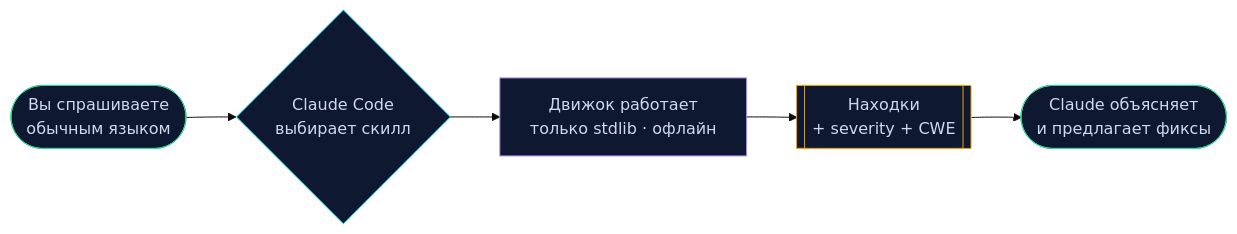
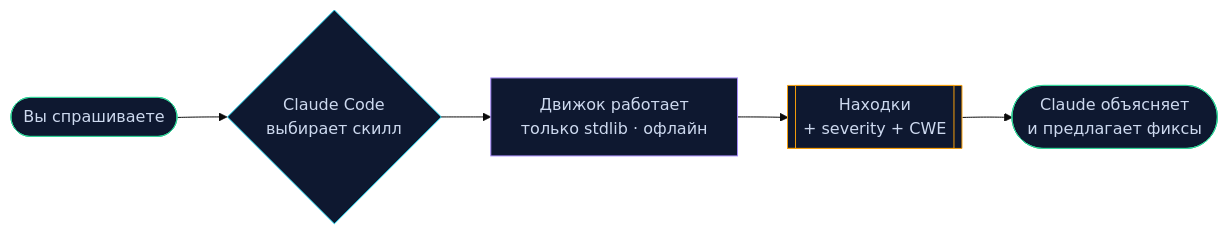
One commit to NovaCode37/claude-security-skills changed the diagram in README.ru.md. Above: the diagram before and after it, drawn with Mermaid (base theme). The commit also changed other lines of this file, not shown here.

````diff
--- a/README.ru.md
+++ b/README.ru.md
@@ -40,12 +40,12 @@
 ```mermaid
 flowchart LR
-    A([Вы спрашиваете<br/>обычным языком]) --> B{Claude Code<br/>выбирает скилл}
+    A([Вы спрашиваете<br/>]) --> B{Claude Code<br/>выбирает скилл}
     B --> C[Движок работает<br/>только stdlib · офлайн]
     C --> D[[Находки<br/>+ severity + CWE]]
     D --> E([Claude объясняет<br/>и предлагает фиксы])
     style A fill:#0e1830,stroke:#34d399,color:#cdd9ef
     style B fill:#0e1830,stroke:#22d3ee,color:#cdd9ef
     style C fill:#0e1830,stroke:#a78bfa,color:#cdd9ef
     style D fill:#0e1830,stroke:#f59e0b,color:#cdd9ef
     style E fill:#0e1830,stroke:#34d399,color:#cdd9ef
 ```
````
